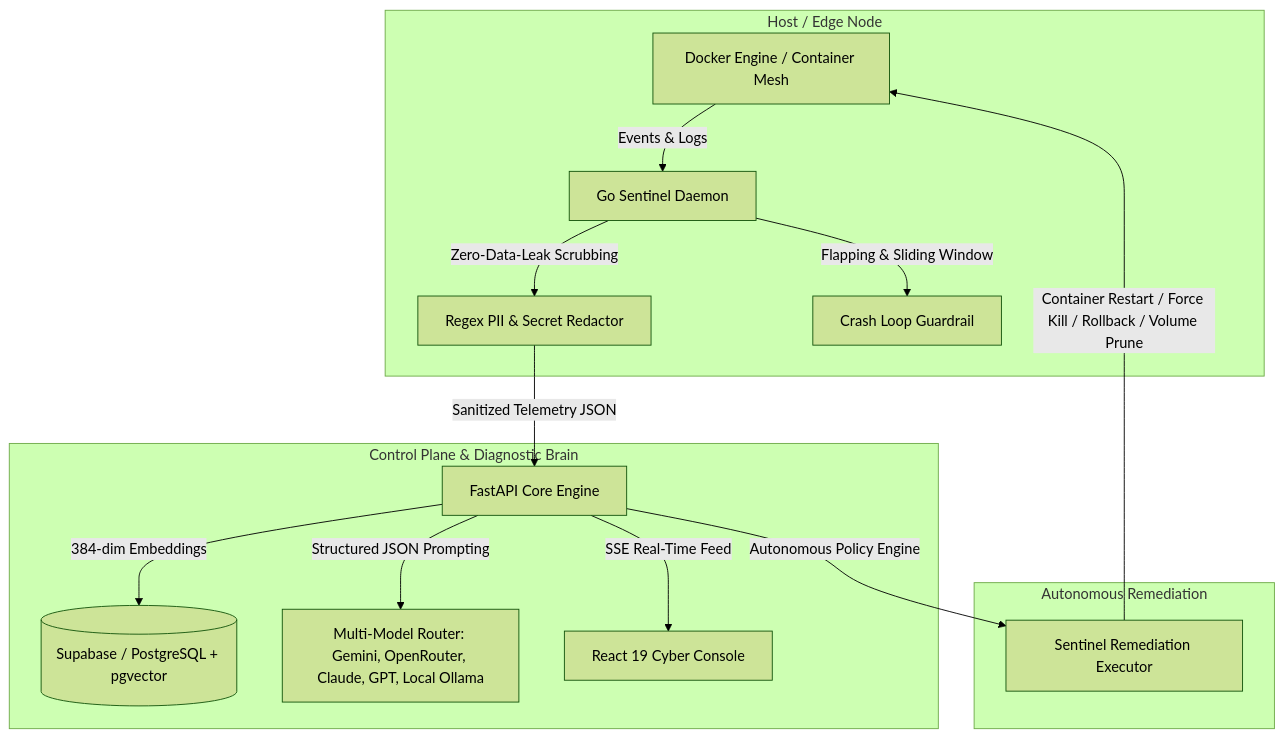
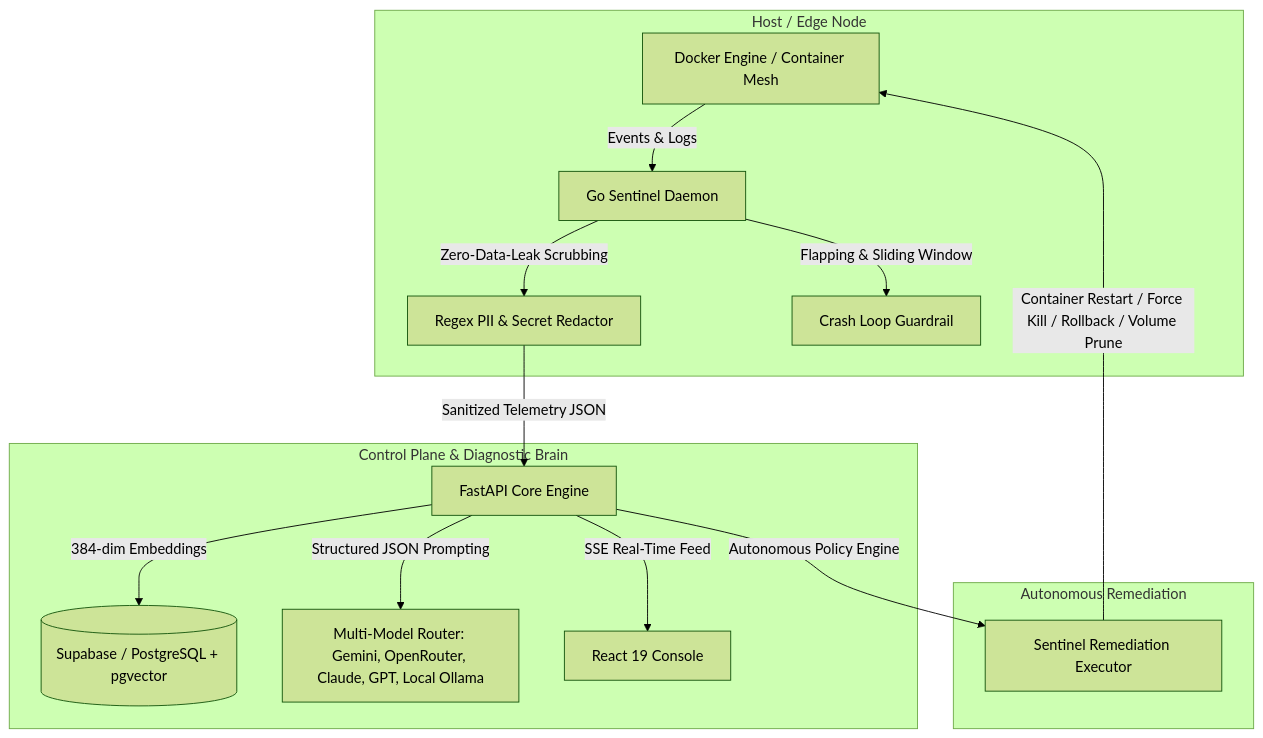
One commit to unxki/kintsugi changed the diagram in README.md. Above: the diagram before and after it, drawn with Mermaid (forest theme). The commit also changed other lines of this file, not shown here.

````diff
--- a/README.md
+++ b/README.md
@@ -36,20 +36,20 @@
 ```mermaid
 graph TD
     subgraph Host / Edge Node
         D[Docker Engine / Container Mesh] -->|Events & Logs| S[Go Sentinel Daemon]
         S -->|Zero-Data-Leak Scrubbing| S_Sanitize[Regex PII & Secret Redactor]
         S -->|Flapping & Sliding Window| S_Guard[Crash Loop Guardrail]
     end
 
     subgraph Control Plane & Diagnostic Brain
         S_Sanitize -->|Sanitized Telemetry JSON| C[FastAPI Core Engine]
         C -->|384-dim Embeddings| PG[(Supabase / PostgreSQL + pgvector)]
         C -->|Structured JSON Prompting| LLM[Multi-Model Router: Gemini, OpenRouter, Claude, GPT, Local Ollama]
-        C -->|SSE Real-Time Feed| UI[React 19 Cyber Console]
+        C -->|SSE Real-Time Feed| UI[React 19 Console]
     end
 
     subgraph Autonomous Remediation
         C -->|Autonomous Policy Engine| S_Exec[Sentinel Remediation Executor]
         S_Exec -->|Container Restart / Force Kill / Rollback / Volume Prune| D
     end
 ```
````
